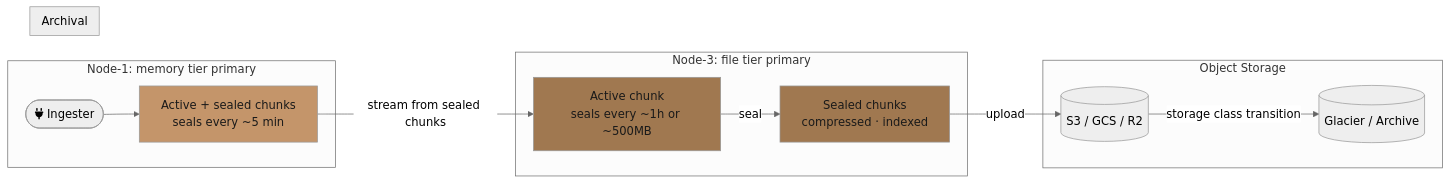
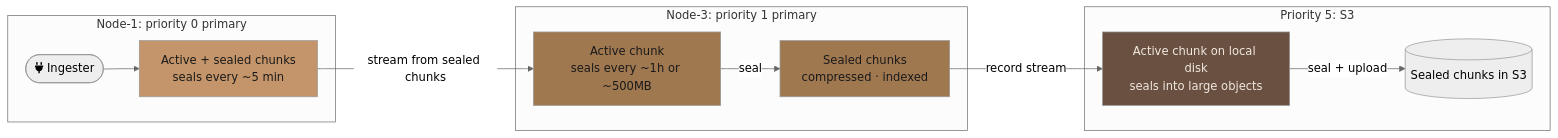
Before and after one commit to kluzzebass/gastrolog: the fifth of 5 diagrams in docs/vision.md, drawn with Mermaid (neutral theme). The commit also changed other lines of this file, not shown here.

First line of the commit message:
docs: align vision with storage priority model

````diff
--- a/docs/vision.md
+++ b/docs/vision.md
@@ -270,26 +285,23 @@
 ```mermaid
 flowchart LR
-    subgraph node1mem [Node-1: memory tier primary]
-        I([fa:fa-plug Ingester]) --> MA[Active + sealed chunks<br/>seals every ~5 min]
+    subgraph node1p0 [Node-1: priority 0 primary]
+        I([fa:fa-plug Ingester]) --> P0[Active + sealed chunks<br/>seals every ~5 min]
     end
 
-    MA -->|stream from sealed chunks| SA
+    P0 -->|stream from sealed chunks| P1
 
-    subgraph node3file [Node-3: file tier primary]
-        SA[Active chunk<br/>seals every ~1h or ~500MB] -->|seal| SS[Sealed chunks<br/>compressed · indexed]
+    subgraph node3p1 [Node-3: priority 1 primary]
+        P1[Active chunk<br/>seals every ~1h or ~500MB] -->|seal| P1S[Sealed chunks<br/>compressed · indexed]
     end
 
-    SS -->|upload| OBJ
+    P1S -->|record stream| P5
 
-    subgraph Object Storage
-        OBJ[(S3 / GCS / R2)] -->|storage class transition| ARC
+    subgraph cloud5 [Priority 5: S3]
+        P5[Active chunk on local disk<br/>seals into large objects] -->|seal + upload| P5S[(Sealed chunks in S3)]
     end
 
-    subgraph Archival
-        ARC[(Glacier / Archive)]
-    end
-
-    style MA fill:#c4956a,color:#1a1a1a
-    style SA fill:#a07850,color:#1a1a1a
-    style SS fill:#a07850,color:#1a1a1a
+    style P0 fill:#c4956a,color:#1a1a1a
+    style P1 fill:#a07850,color:#1a1a1a
+    style P1S fill:#a07850,color:#1a1a1a
+    style P5 fill:#6a5040,color:#f0e8e0
 ```
````
